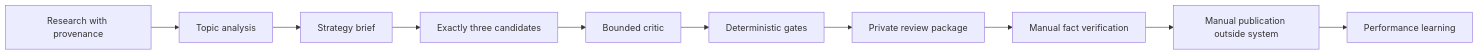
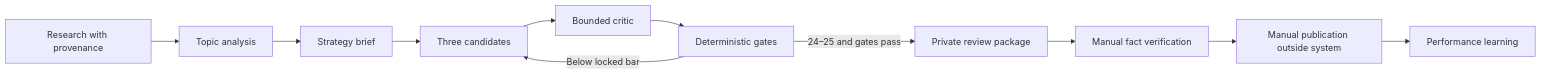
Before and after one commit to Abhillashjadhav/Linkedin-research-posts: the diagram in README.md, drawn with Mermaid. The commit also changed other lines of this file and 5 other files, not shown here.

````diff
--- a/README.md
+++ b/README.md
@@ -55,12 +68,13 @@
 ```mermaid
 flowchart LR
     A[Research with provenance] --> B[Topic analysis]
     B --> C[Strategy brief]
-    C --> D[Exactly three candidates]
+    C --> D[Three candidates]
     D --> E[Bounded critic]
     E --> F[Deterministic gates]
-    F --> G[Private review package]
+    F -->|Below locked bar| D
+    F -->|24–25 and gates pass| G[Private review package]
     G --> H[Manual fact verification]
     H --> I[Manual publication outside system]
     I --> J[Performance learning]
 ```
````
